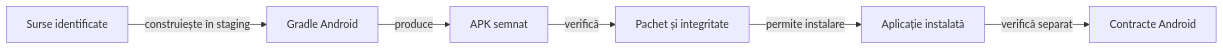
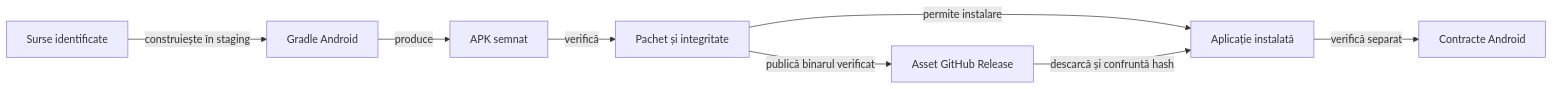
Before and after one commit to crististefanita/atf_j4: the diagram in docs/platform/ATF_AndroidDelivery.md, drawn with Mermaid. The commit also changed other lines of this file and 172 other files, not shown here.

````diff
--- a/docs/platform/ATF_AndroidDelivery.md
+++ b/docs/platform/ATF_AndroidDelivery.md
@@ -7,8 +7,10 @@
 ```mermaid
 flowchart LR
     SOURCE[Surse identificate] -->|construiește în staging| BUILD[Gradle Android]
     BUILD -->|produce| APK[APK semnat]
     APK -->|verifică| STATIC[Pachet și integritate]
     STATIC -->|permite instalare| DEVICE[Aplicație instalată]
+    STATIC -->|publică binarul verificat| ASSET[Asset GitHub Release]
+    ASSET -->|descarcă și confruntă hash| DEVICE
     DEVICE -->|verifică separat| UI[Contracte Android]
 ```
````
